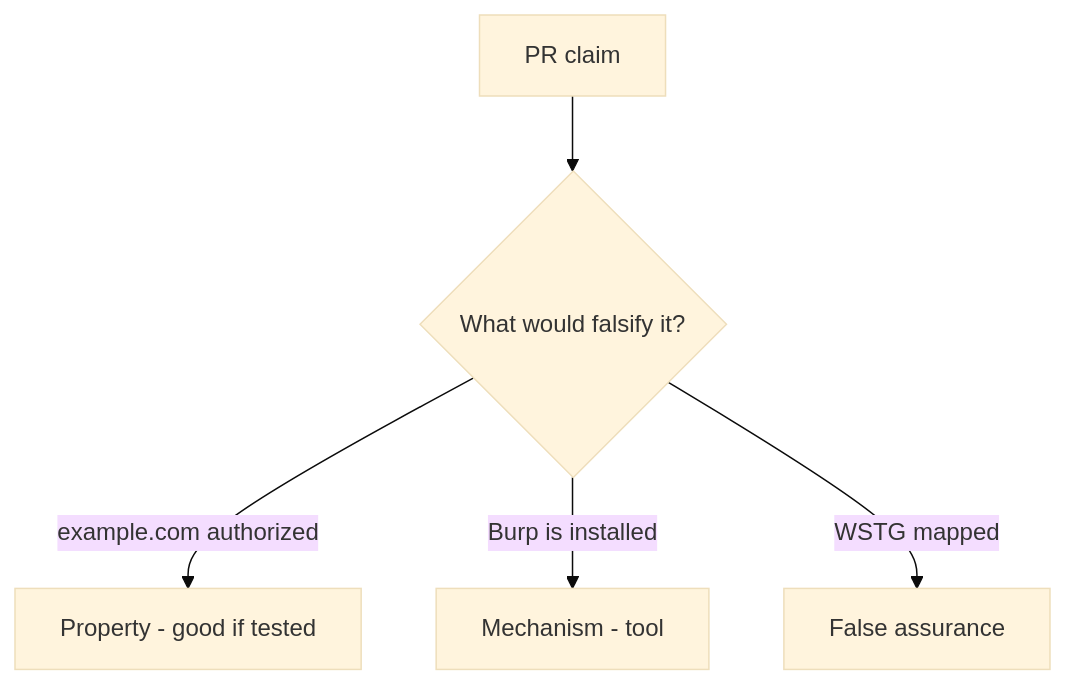
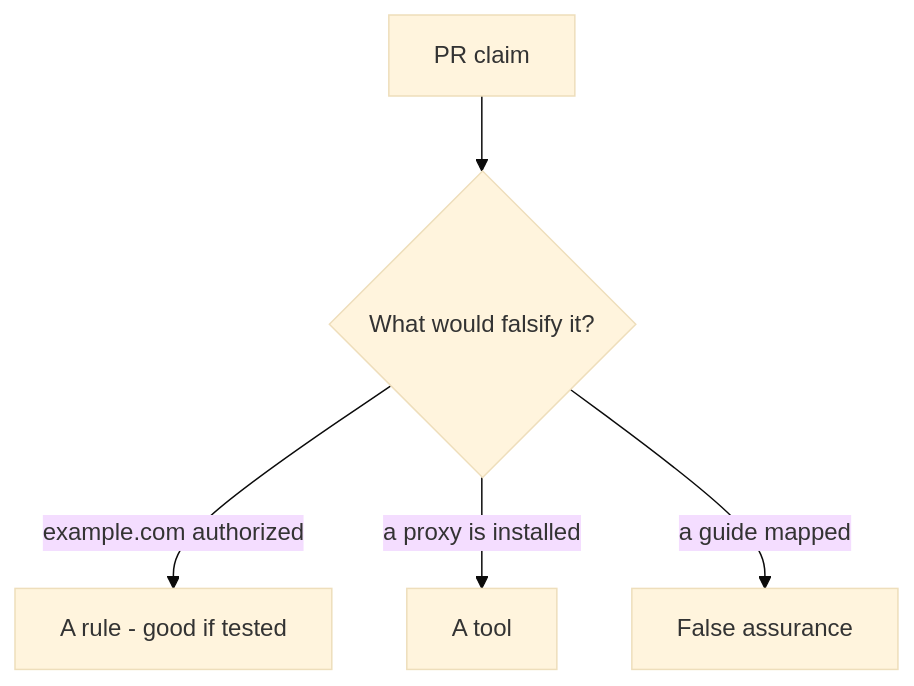
Before and after one commit to ishitvagoel/LearnSecurity: the diagram in content/modules/0/0.1/lessons/08-review.md, drawn with Mermaid (base theme). The commit also changed other lines of this file and 14 other files, not shown here.

````diff
--- a/content/modules/0/0.1/lessons/08-review.md
+++ b/content/modules/0/0.1/lessons/08-review.md
@@ -17,7 +17,7 @@
 ```mermaid
 flowchart TD
   Claim[PR claim] --> Q{"What would falsify it?"}
-  Q -->|"example.com authorized"| Property["Property - good if tested"]
-  Q -->|Burp is installed| Mechanism[Mechanism - tool]
-  Q -->|WSTG mapped| False[False assurance]
+  Q -->|"example.com authorized"| Property["A rule - good if tested"]
+  Q -->|a proxy is installed| Mechanism[A tool]
+  Q -->|a guide mapped| False[False assurance]
 ```
````
